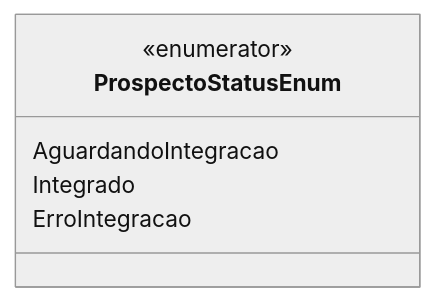
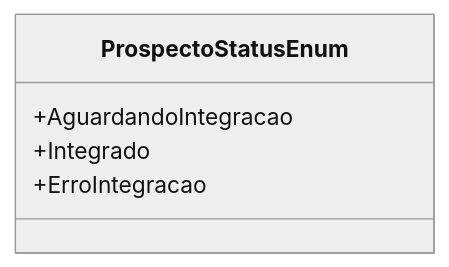
Before and after one commit to IsthmusSistemas/documentacao-tecnica: the diagram in docs/b2b-dominio/IsthmusWinthor.Nucleo/IsthmusWinthor.Dominio/Enumeradores/ProspectoStatusEnum.md, drawn with Mermaid (neutral theme). The commit also changed other lines of this file and 882 other files, not shown here.

````diff
--- a/docs/b2b-dominio/IsthmusWinthor.Nucleo/IsthmusWinthor.Dominio/Enumeradores/ProspectoStatusEnum.md
+++ b/docs/b2b-dominio/IsthmusWinthor.Nucleo/IsthmusWinthor.Dominio/Enumeradores/ProspectoStatusEnum.md
@@ -14,9 +10,8 @@
 ```mermaid
 classDiagram
     class ProspectoStatusEnum {
-        <<enumerator>>
-        AguardandoIntegracao
-        Integrado
-        ErroIntegracao
+        +AguardandoIntegracao
+        +Integrado
+        +ErroIntegracao
     }
 ```
````
